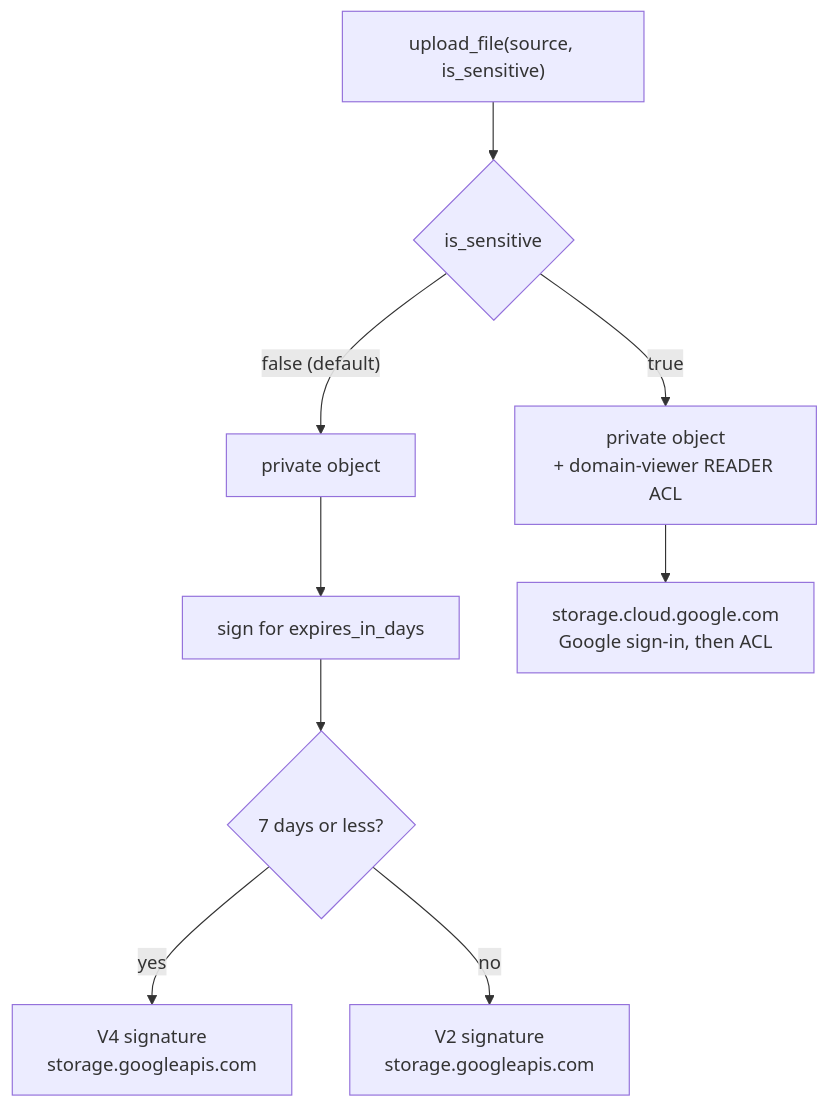
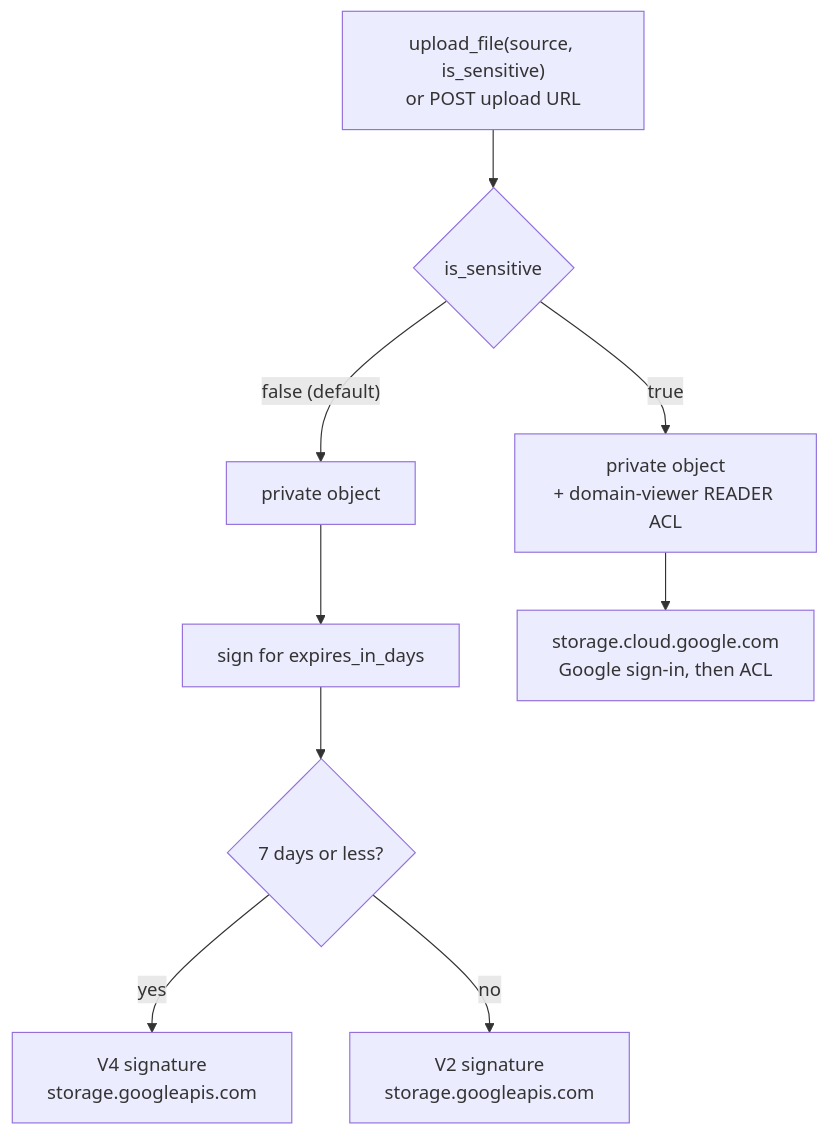
One commit to tadasant/strad changed the diagram in docs/src/content/docs/servers/artifact-store.md. Above: the diagram before and after it, drawn with Mermaid. The commit also changed other lines of this file and 17 other files, not shown here.

````diff
--- a/docs/src/content/docs/servers/artifact-store.md
+++ b/docs/src/content/docs/servers/artifact-store.md
@@ -38,10 +38,10 @@
 ```mermaid
 flowchart TD
-  U["upload_file(source, is_sensitive)"] --> S{is_sensitive}
+  U["upload_file(source, is_sensitive)<br/>or POST upload URL"] --> S{is_sensitive}
   S -- "false (default)" --> P[private object] --> SIG["sign for expires_in_days"]
   SIG --> V4{"7 days or less?"}
   V4 -- yes --> A["V4 signature<br/>storage.googleapis.com"]
   V4 -- no --> B["V2 signature<br/>storage.googleapis.com"]
   S -- true --> R["private object<br/>+ domain-viewer READER ACL"]
   R --> C["storage.cloud.google.com<br/>Google sign-in, then ACL"]
 ```
````
